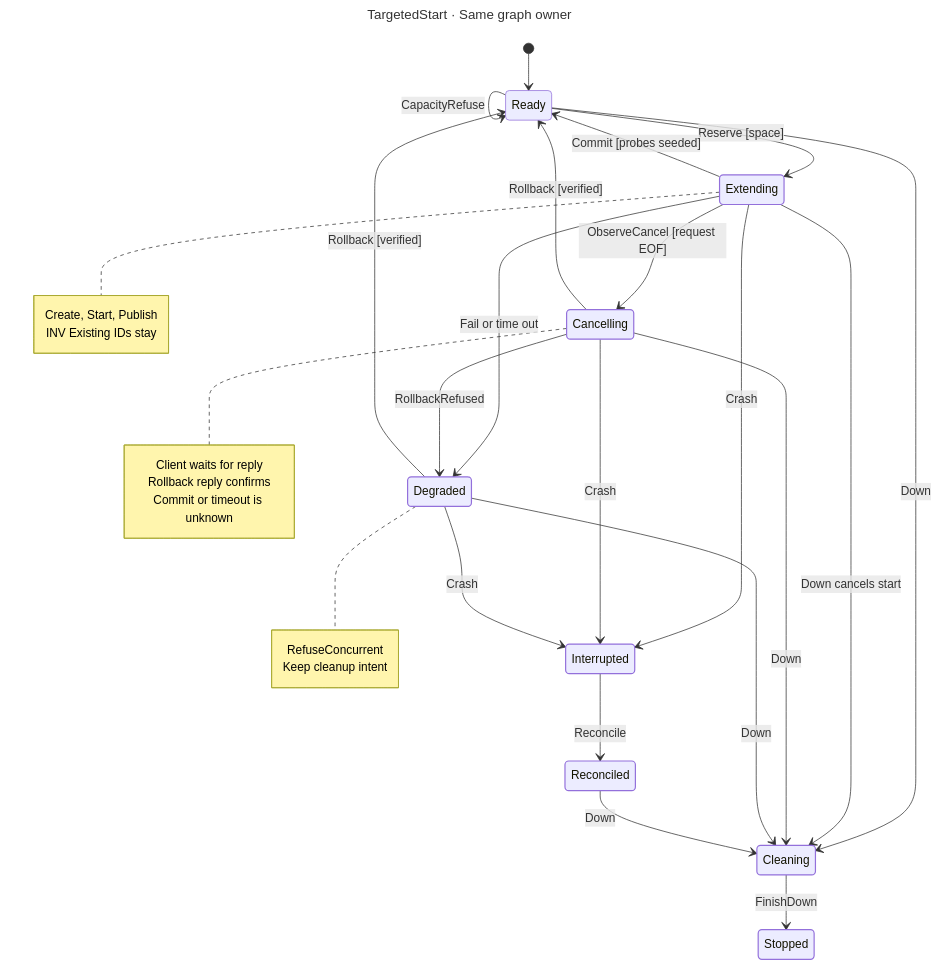
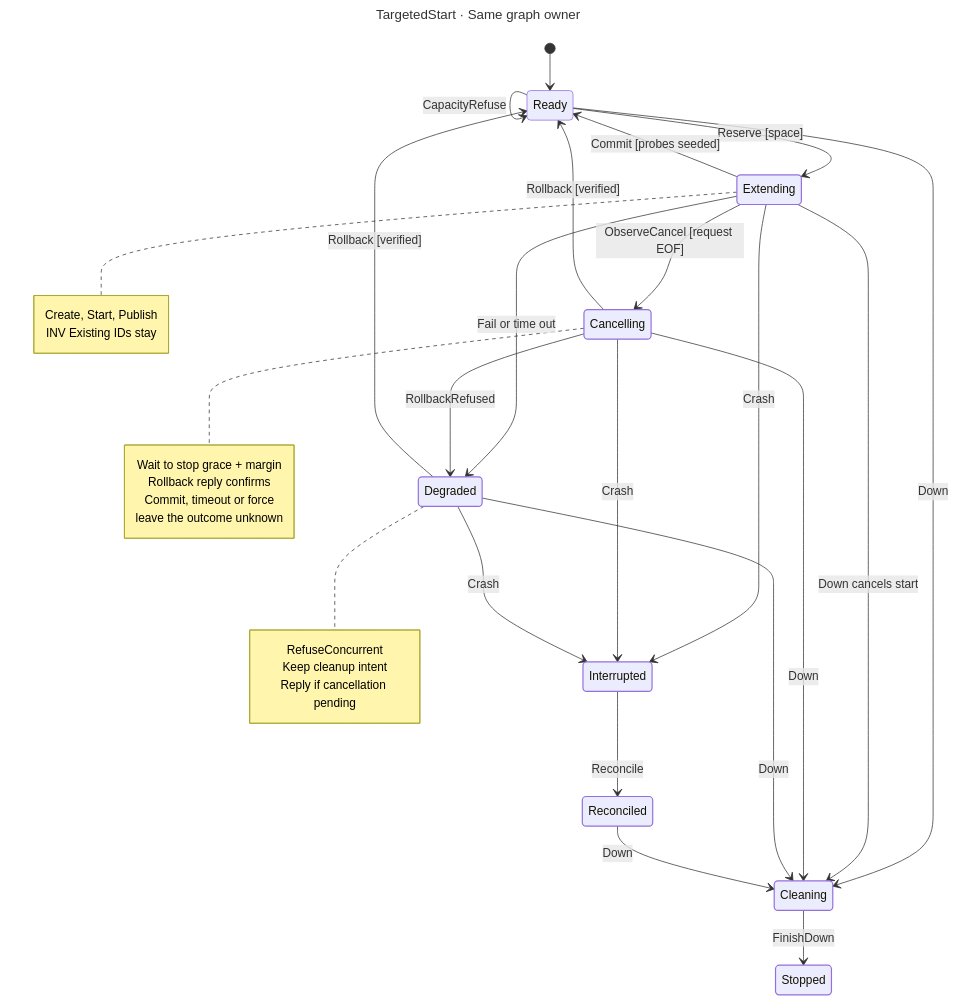
One commit to hack-dance/hack changed the diagram in docs/reference/state-charts/targeted-start.mmd. Above: the diagram before and after it, drawn with Mermaid. The commit also changed 17 other files, not shown here.

```diff
--- a/docs/reference/state-charts/targeted-start.mmd
+++ b/docs/reference/state-charts/targeted-start.mmd
@@ -1,45 +1,47 @@
 ---
 title: TargetedStart · Same graph owner
 ---
 stateDiagram-v2
     direction TB
     [*] --> Ready
     Ready --> Ready : CapacityRefuse
     Ready --> Extending : Reserve [space]
     Extending --> Ready : Commit [probes seeded]
     Extending --> Degraded : Fail or time out
     Extending --> Cancelling : ObserveCancel [request EOF]
     Cancelling --> Ready : Rollback [verified]
     Cancelling --> Degraded : RollbackRefused
     Degraded --> Ready : Rollback [verified]
     Extending --> Interrupted : Crash
     Cancelling --> Interrupted : Crash
     Degraded --> Interrupted : Crash
     Interrupted --> Reconciled : Reconcile
     Ready --> Cleaning : Down
     Extending --> Cleaning : Down cancels start
     Cancelling --> Cleaning : Down
     Degraded --> Cleaning : Down
     Reconciled --> Cleaning : Down
     Cleaning --> Stopped : FinishDown
     note right of Extending
       Create, Start, Publish
       INV Existing IDs stay
     end note
     note right of Degraded
       RefuseConcurrent
       Keep cleanup intent
+      Reply if cancellation pending
     end note
     note right of Cancelling
-      Client waits for reply
+      Wait to stop grace + margin
       Rollback reply confirms
-      Commit or timeout is unknown
+      Commit, timeout or force
+      leave the outcome unknown
     end note
     classDef live stroke-width:1.6px
     classDef wait stroke-width:1.6px
     classDef fail stroke-width:1.6px
     classDef ok stroke-width:1.6px
     class Extending,Cleaning live
     class Interrupted,Degraded fail
     class Cancelling,Reconciled wait
     class Stopped ok
```
